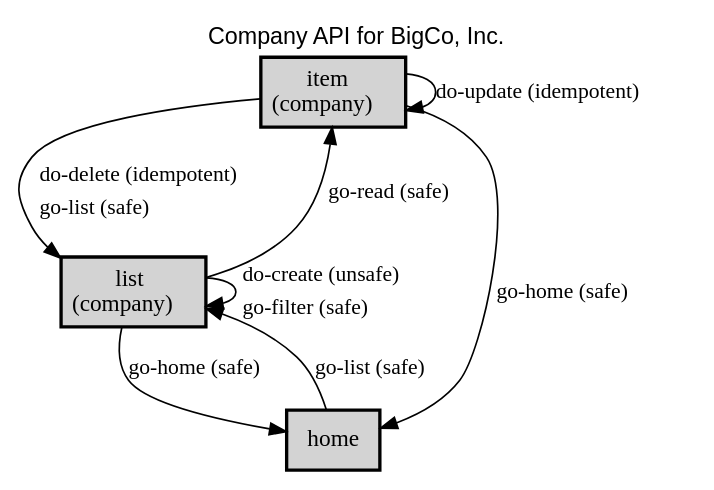
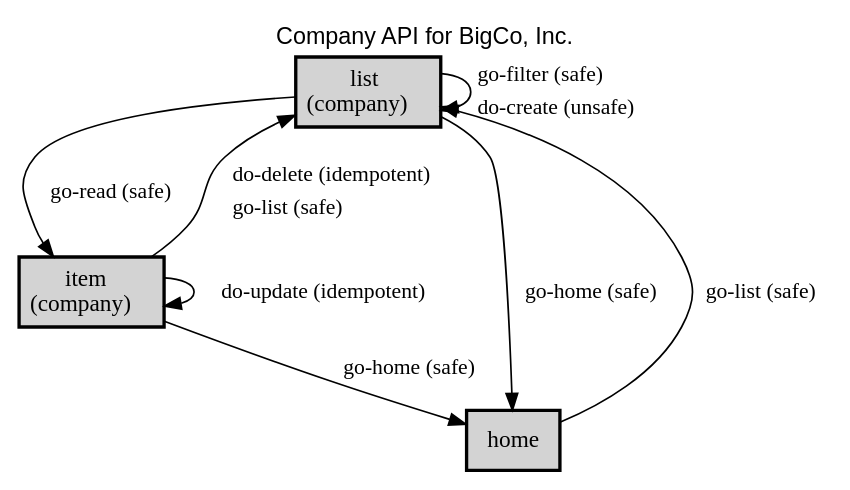
The diagram in alps/company-alps-03.dot (tbh26/2021-06-design-apis), drawn with Graphviz before and after one commit. The commit also changed 63 other files, not shown here.

```diff
--- a/alps/company-alps-03.dot
+++ b/alps/company-alps-03.dot
@@ -1,23 +1,23 @@
 digraph application_state_diagram {
   graph [
     labelloc="t";
     fontname="Helvetica"
     label="Company API for BigCo, Inc.";
     URL="index.html" target="_parent"
   ];
   node [shape = box, style = "bold,filled" fillcolor="lightgray"];
 
+    list [margin=0.02, label=<<table cellspacing="0" cellpadding="5" border="0"><tr><td>list<br />(company)<br /></td></tr></table>>,shape=box URL="docs/semantic.list.html" target="_parent"]
     item [margin=0.02, label=<<table cellspacing="0" cellpadding="5" border="0"><tr><td>item<br />(company)<br /></td></tr></table>>,shape=box URL="docs/semantic.item.html" target="_parent"]
-    list [margin=0.02, label=<<table cellspacing="0" cellpadding="5" border="0"><tr><td>list<br />(company)<br /></td></tr></table>>,shape=box URL="docs/semantic.list.html" target="_parent"]
 
-    home -> list [label = <go-list (safe)> URL="docs/safe.go-list.html" target="_parent" fontsize=13];
-    item -> home [label = <go-home (safe)> URL="docs/safe.go-home.html" target="_parent" fontsize=13];
-    item -> item [label = <do-update (idempotent)> URL="docs/idempotent.do-update.html" target="_parent" fontsize=13];
+    home -> list [label = "go-list (safe)" URL="docs/safe.go-list.html" target="_parent" fontsize=13];
+    list -> list [label=<<table  border="0"><tr><td align="left" href="docs/safe.go-filter.html">go-filter (safe)</td></tr><tr><td align="left" href="docs/unsafe.do-create.html">do-create (unsafe)</td></tr></table>> fontsize=13];
+    list -> item [label = "go-read (safe)" URL="docs/safe.go-read.html" target="_parent" fontsize=13];
+    list -> home [label = "go-home (safe)" URL="docs/safe.go-home.html" target="_parent" fontsize=13];
+    item -> item [label = "do-update (idempotent)" URL="docs/idempotent.do-update.html" target="_parent" fontsize=13];
     item -> list [label=<<table  border="0"><tr><td align="left" href="docs/idempotent.do-delete.html">do-delete (idempotent)</td></tr><tr><td align="left" href="docs/safe.go-list.html">go-list (safe)</td></tr></table>> fontsize=13];
-    list -> home [label = <go-home (safe)> URL="docs/safe.go-home.html" target="_parent" fontsize=13];
-    list -> item [label = <go-read (safe)> URL="docs/safe.go-read.html" target="_parent" fontsize=13];
-    list -> list [label=<<table  border="0"><tr><td align="left" href="docs/unsafe.do-create.html">do-create (unsafe)</td></tr><tr><td align="left" href="docs/safe.go-filter.html">go-filter (safe)</td></tr></table>> fontsize=13];
+    item -> home [label = "go-home (safe)" URL="docs/safe.go-home.html" target="_parent" fontsize=13];
 
-    home [label = <home> URL="docs/semantic.home.html" target="_parent"]
+    home [URL="docs/semantic.home.html" target="_parent"]
 
 }
```
